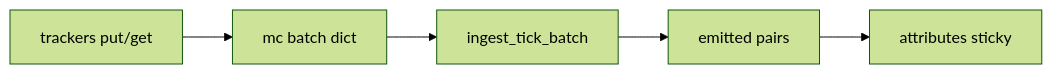
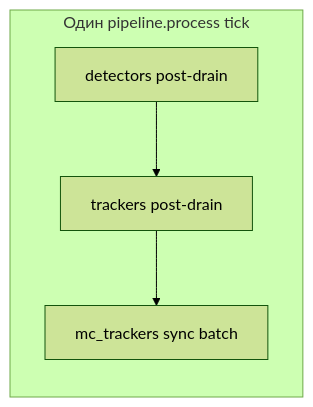
The third of 3 diagrams in docs/thread_vs_mp_contracts.md (aicommunity/EvilEye), drawn with Mermaid (forest theme) before and after one commit. The commit also changed other lines of this file and 3 other files, not shown here.

````diff
--- a/docs/thread_vs_mp_contracts.md
+++ b/docs/thread_vs_mp_contracts.md
@@ -310,7 +341,9 @@
 ```mermaid
 flowchart LR
-  TRK[trackers put/get] --> BATCH[mc batch dict]
-  BATCH --> MC[ingest_tick_batch]
-  MC --> OUT[emitted pairs]
-  OUT --> ATTR[attributes sticky]
+  subgraph tick [Один pipeline.process tick]
+    D[detectors post-drain]
+    T[trackers post-drain]
+    MC[mc_trackers sync batch]
+    D --> T --> MC
+  end
 ```
````
